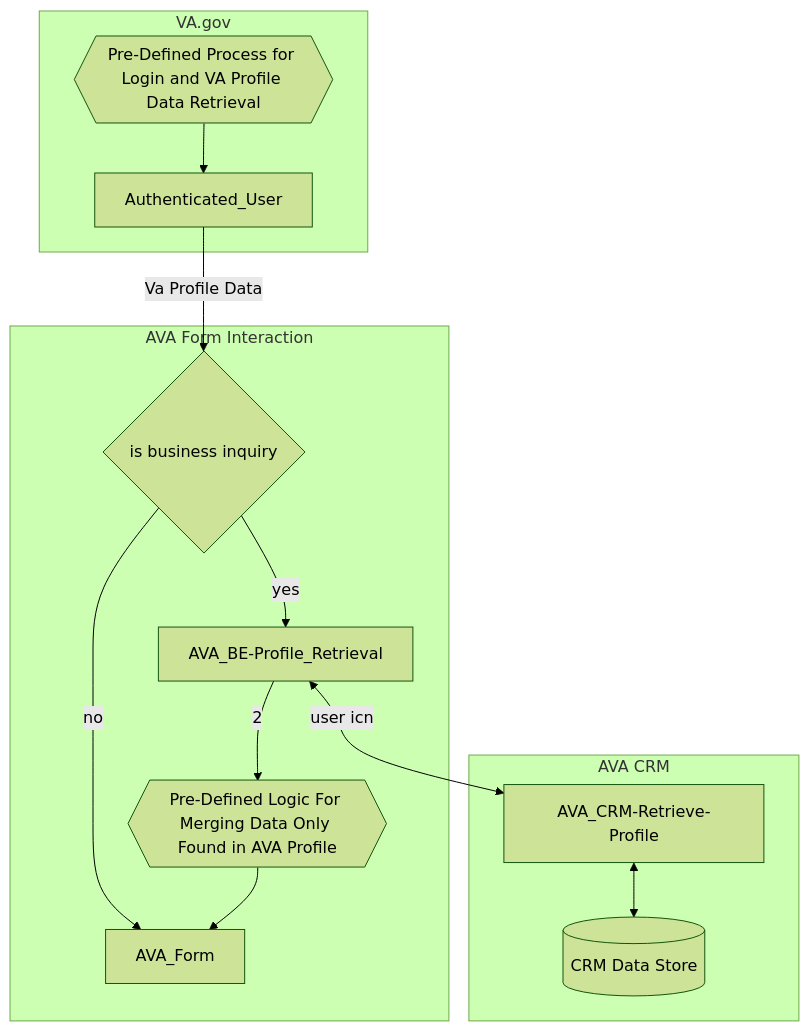
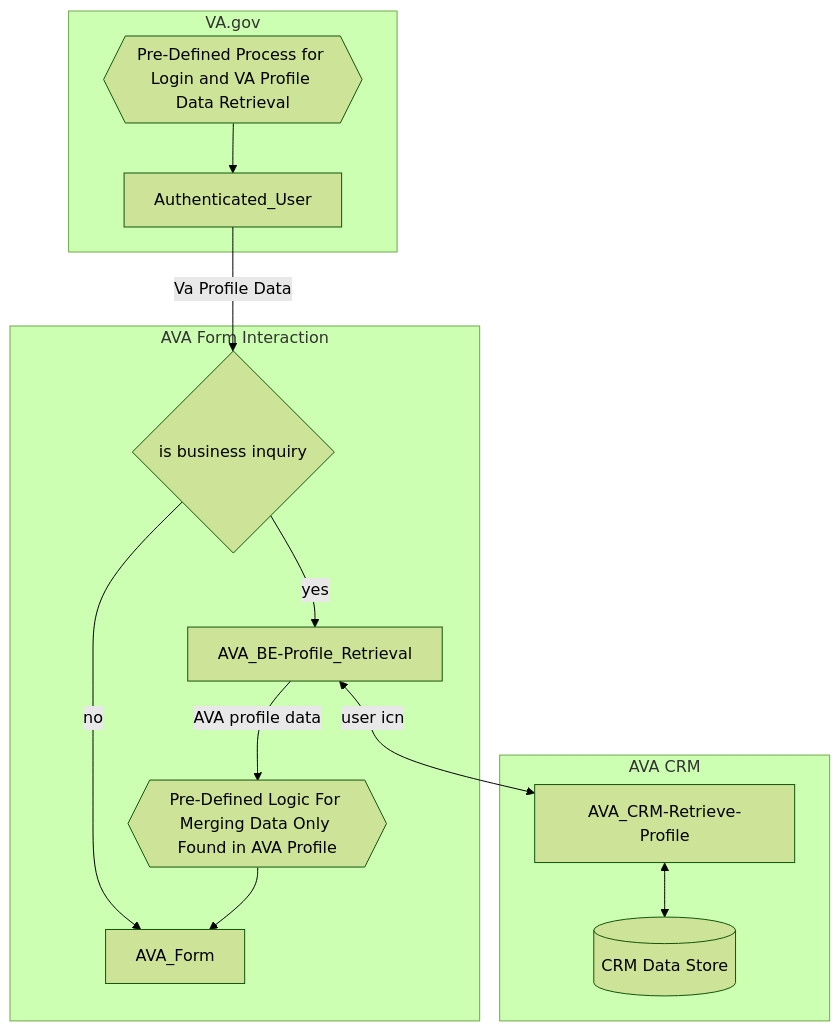
Before and after one commit to department-of-veterans-affairs/va.gov-team: the first of 4 diagrams in products/ask-va/integration/va_profile/Profile_Processes.md, drawn with Mermaid (forest theme).

````diff
--- a/products/ask-va/integration/va_profile/Profile_Processes.md
+++ b/products/ask-va/integration/va_profile/Profile_Processes.md
@@ -23,16 +23,16 @@
 ```mermaid
 flowchart TB
     subgraph AVA CRM
     AVA_CRM-Retrieve-Profile<-->AVA-CRM-Data-Store[(CRM Data Store)]
     end
     subgraph AVA Form Interaction
     business_entity_logic{is business inquiry}-->|yes|AVA_BE-Profile_Retrieval
     business_entity_logic{is business inquiry}-->|no|AVA_Form
     AVA_BE-Profile_Retrieval<-->|user icn|AVA_CRM-Retrieve-Profile
-    AVA_BE-Profile_Retrieval-->|2|Predefined-AVA-Process{{Pre-Defined Logic For Merging Data Only Found in AVA Profile}}-->AVA_Form
+    AVA_BE-Profile_Retrieval-->|AVA profile data|Predefined-AVA-Process{{Pre-Defined Logic For Merging Data Only Found in AVA Profile}}-->AVA_Form
     end
     subgraph VA.gov
     Predefined-Login-Process{{Pre-Defined Process for Login and VA Profile Data Retrieval}}-->Authenticated_User
     Authenticated_User-->|Va Profile Data|business_entity_logic{is business inquiry}
     end
 ```
````
